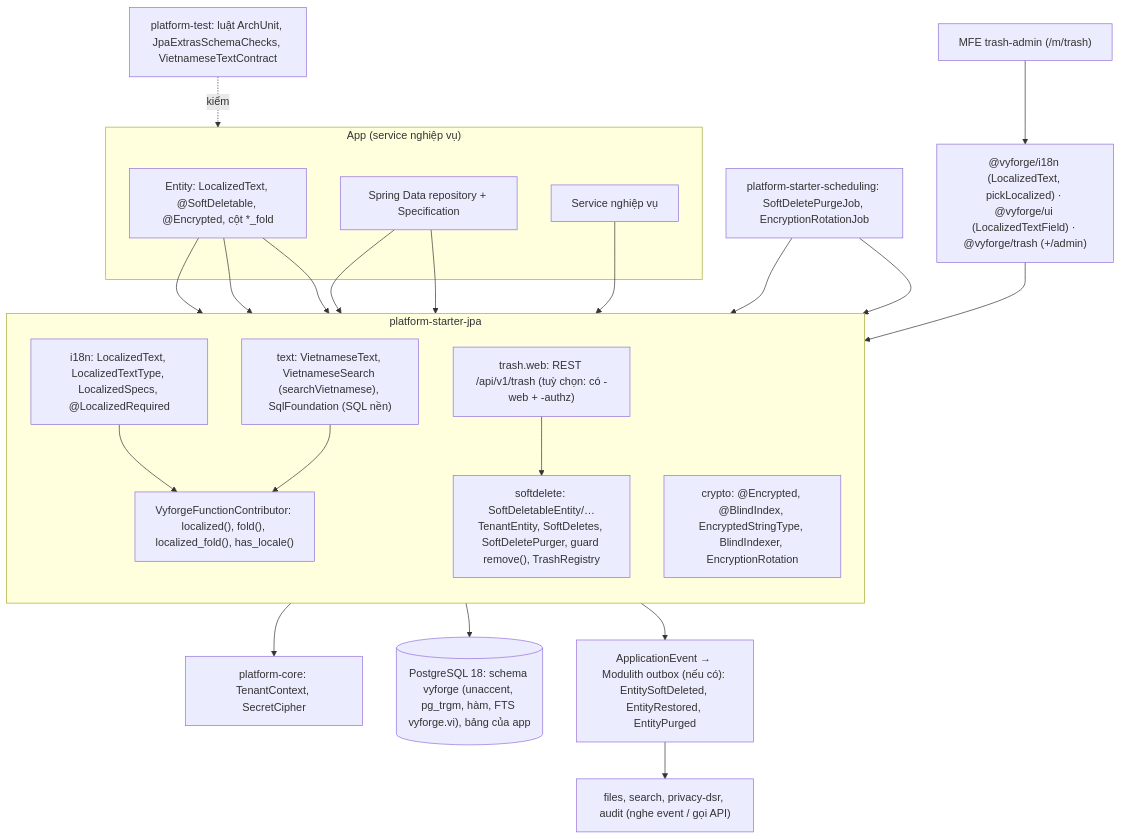
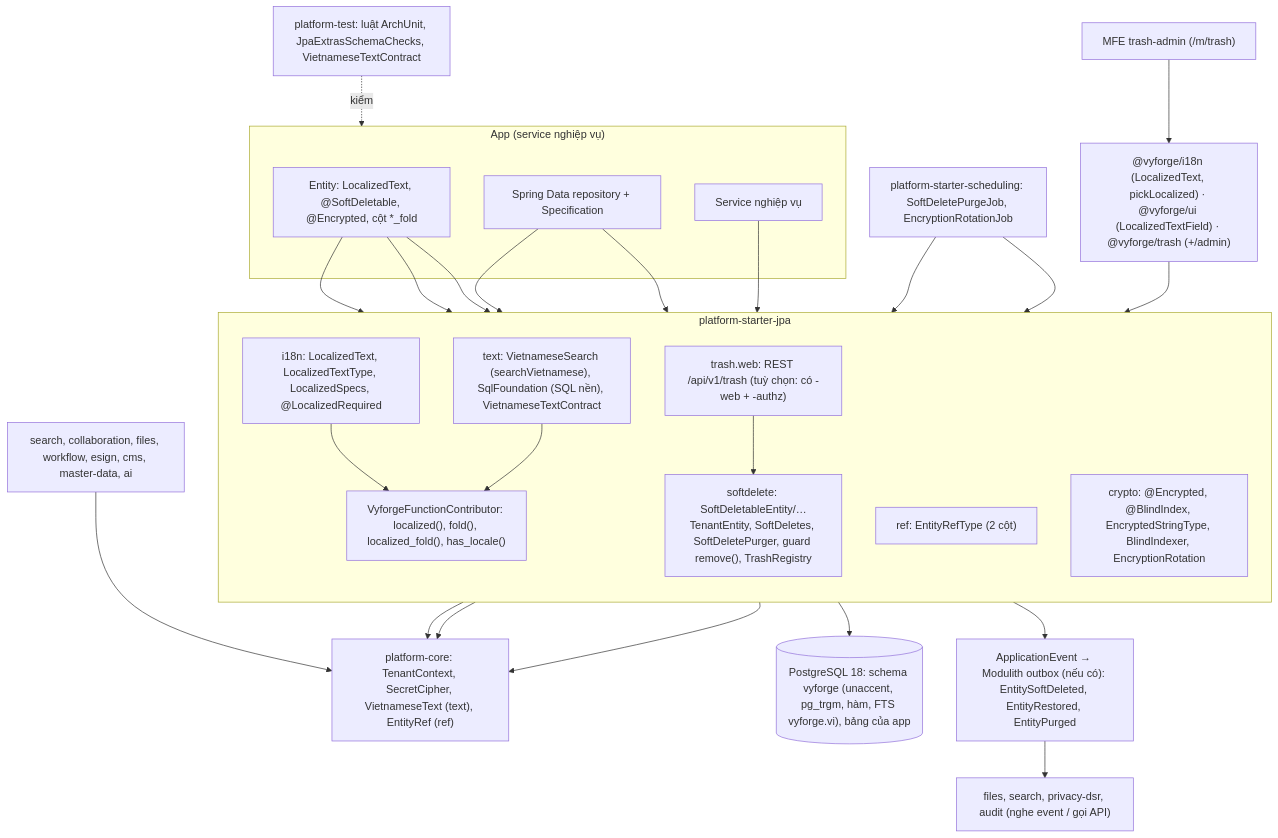
Before and after one commit to vyforge/.github: the first of 6 diagrams in docs/design/jpa-extras.md, drawn with Mermaid. The commit also changed other lines of this file, not shown here.

Commit message:
docs(design): jpa-extras adds VietnameseText and EntityRef in platform-core

````diff
--- a/docs/design/jpa-extras.md
+++ b/docs/design/jpa-extras.md
@@ -178,40 +204,45 @@
 ```mermaid
 flowchart TB
   subgraph app["App (service nghiệp vụ)"]
     ent["Entity: LocalizedText, @SoftDeletable, @Encrypted, cột *_fold"]
     repo["Spring Data repository + Specification"]
     svc["Service nghiệp vụ"]
   end
 
   subgraph jpa["platform-starter-jpa"]
     direction TB
     i18n["i18n: LocalizedText, LocalizedTextType, LocalizedSpecs, @LocalizedRequired"]
     sd["softdelete: SoftDeletableEntity/…TenantEntity, SoftDeletes, SoftDeletePurger, guard remove(), TrashRegistry"]
-    text["text: VietnameseText, VietnameseSearch (searchVietnamese), SqlFoundation (SQL nền)"]
+    text["text: VietnameseSearch (searchVietnamese), SqlFoundation (SQL nền), VietnameseTextContract"]
+    refType["ref: EntityRefType (2 cột)"]
     crypt["crypto: @Encrypted, @BlindIndex, EncryptedStringType, BlindIndexer, EncryptionRotation"]
     fn["VyforgeFunctionContributor: localized(), fold(), localized_fold(), has_locale()"]
     trashApi["trash.web: REST /api/v1/trash (tuỳ chọn: có -web + -authz)"]
   end
 
-  core["platform-core: TenantContext, SecretCipher"]
+  core["platform-core: TenantContext, SecretCipher, VietnameseText (text), EntityRef (ref)"]
+  users["search, collaboration, files, workflow, esign, cms, master-data, ai"]
+  users --> core
   sched["platform-starter-scheduling: SoftDeletePurgeJob, EncryptionRotationJob"]
   test["platform-test: luật ArchUnit, JpaExtrasSchemaChecks, VietnameseTextContract"]
   pg[("PostgreSQL 18: schema vyforge (unaccent, pg_trgm, hàm, FTS vyforge.vi), bảng của app")]
   ev["ApplicationEvent → Modulith outbox (nếu có): EntitySoftDeleted, EntityRestored, EntityPurged"]
   files["files, search, privacy-dsr, audit (nghe event / gọi API)"]
   web["@vyforge/i18n (LocalizedText, pickLocalized) · @vyforge/ui (LocalizedTextField) · @vyforge/trash (+/admin)"]
   mfe["MFE trash-admin (/m/trash)"]
 
   ent --> i18n & sd & crypt
   repo --> text & i18n
   svc --> sd
   i18n --> fn
   text --> fn
+  text --> core
+  refType --> core
   crypt --> core
   sd --> ev --> files
   sched --> sd & crypt
   jpa --> pg
   test -.kiểm.-> app
   trashApi --> sd
   mfe --> web --> trashApi
 ```
````
